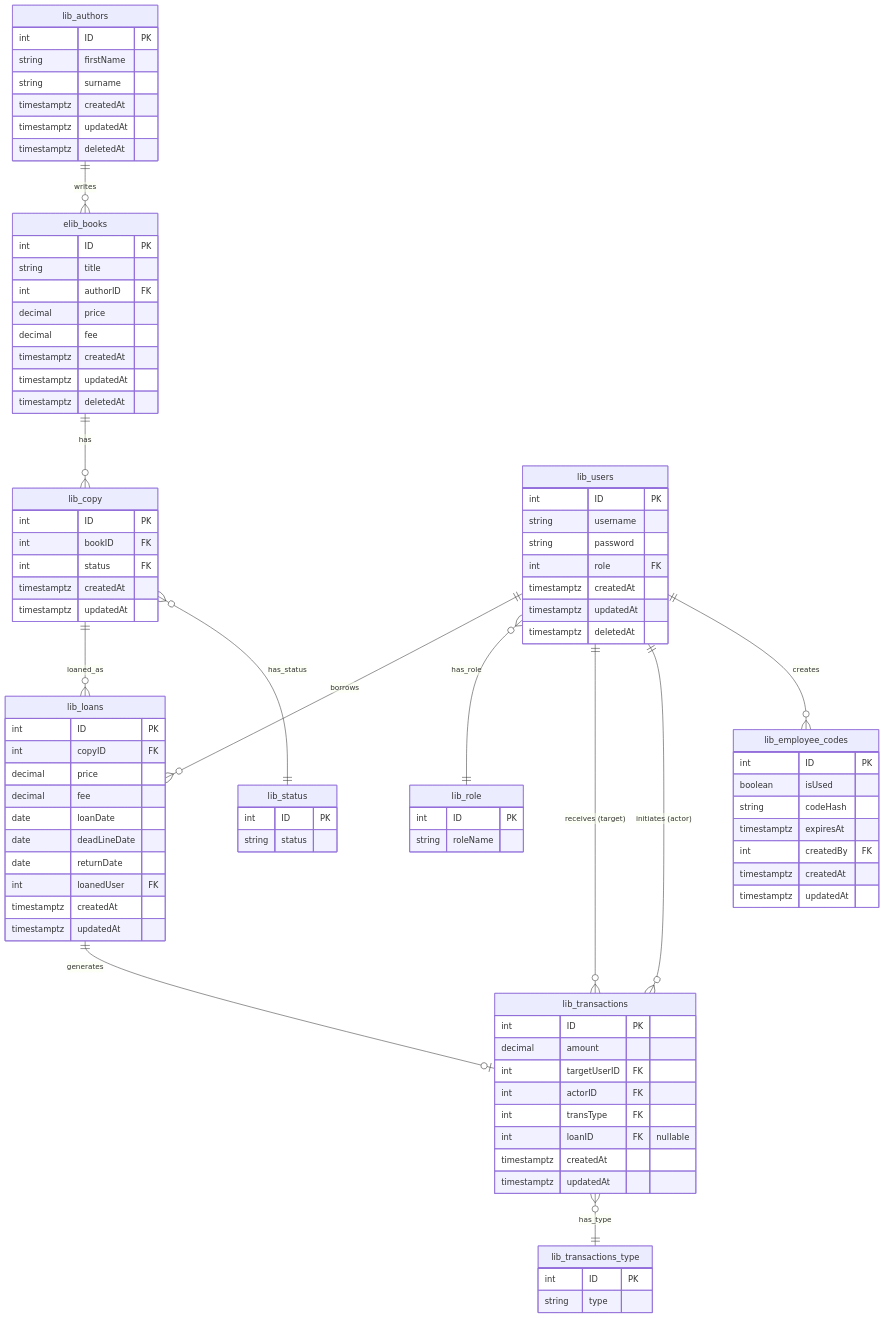
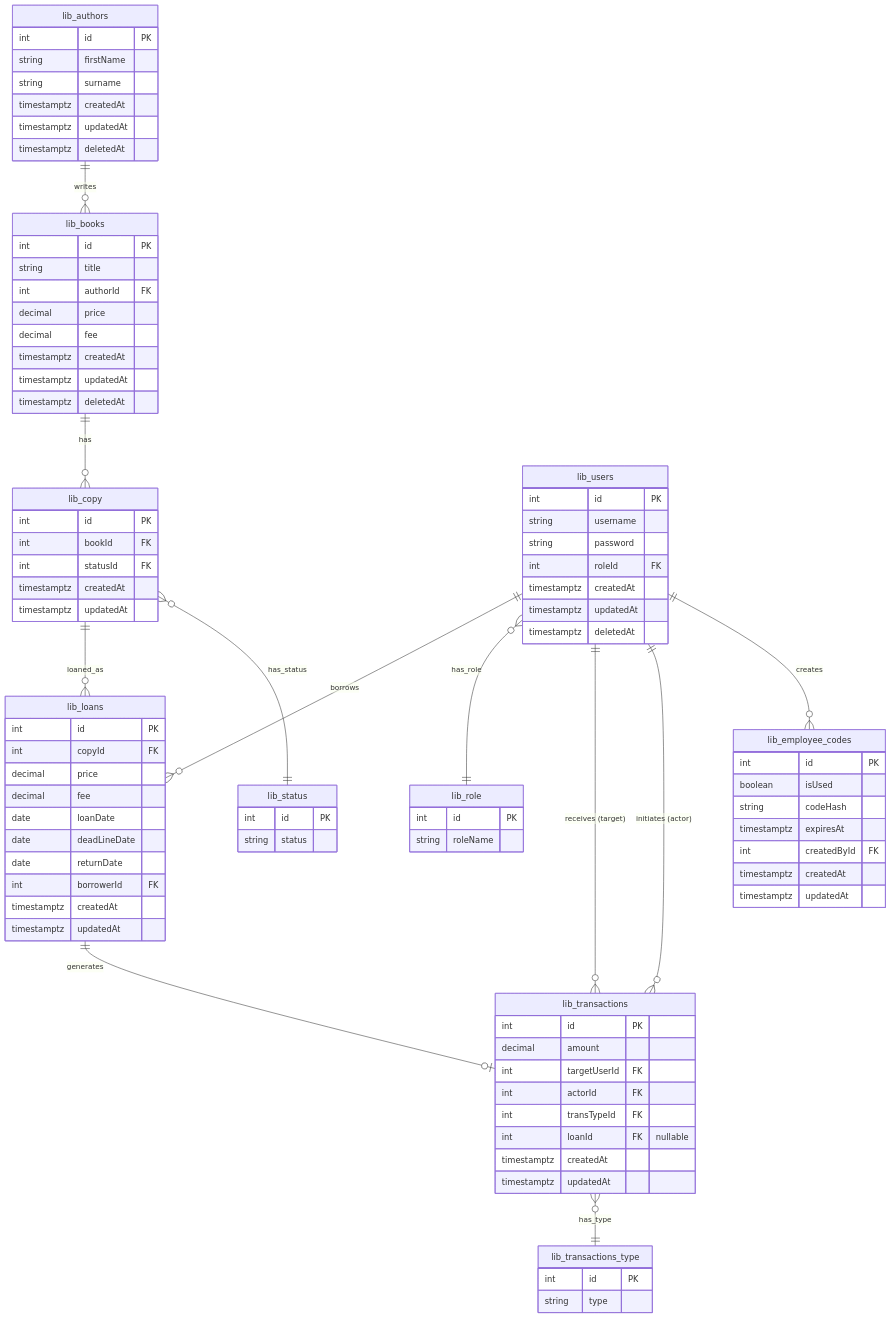
Before and after one commit to asafmagen28/the-boat-library: the diagram in ERD.mmd, drawn with Mermaid.

Commit message:
docs: fix ERD typos and standardize field naming

```diff
--- a/ERD.mmd
+++ b/ERD.mmd
@@ -1,101 +1,101 @@
 erDiagram
-    lib_authors ||--o{ elib_books : "writes"
-    elib_books ||--o{ lib_copy : "has"
+    lib_authors ||--o{ lib_books : "writes"
+    lib_books ||--o{ lib_copy : "has"
     lib_copy ||--o{ lib_loans : "loaned_as"
     lib_copy }o--|| lib_status : "has_status"
-    
+
     lib_users ||--o{ lib_loans : "borrows"
     lib_users }o--|| lib_role : "has_role"
     lib_users ||--o{ lib_transactions : "receives (target)"
     lib_users ||--o{ lib_transactions : "initiates (actor)"
     lib_users ||--o{ lib_employee_codes : "creates"
-    
+
     lib_transactions }o--|| lib_transactions_type : "has_type"
     lib_loans ||--o| lib_transactions : "generates"
 
     lib_authors {
-        int ID PK
+        int id PK
         string firstName
         string surname
         timestamptz createdAt
         timestamptz updatedAt
         timestamptz deletedAt
     }
 
-    elib_books {
-        int ID PK
+    lib_books {
+        int id PK
         string title
-        int authorID FK
+        int authorId FK
         decimal price
         decimal fee
         timestamptz createdAt
         timestamptz updatedAt
         timestamptz deletedAt
     }
 
     lib_copy {
-        int ID PK
-        int bookID FK
-        int status FK
+        int id PK
+        int bookId FK
+        int statusId FK
         timestamptz createdAt
         timestamptz updatedAt
     }
 
     lib_users {
-        int ID PK
+        int id PK
         string username
         string password
-        int role FK
+        int roleId FK
         timestamptz createdAt
         timestamptz updatedAt
         timestamptz deletedAt
     }
 
     lib_loans {
-        int ID PK
-        int copyID FK
+        int id PK
+        int copyId FK
         decimal price
         decimal fee
         date loanDate
         date deadLineDate
         date returnDate
-        int loanedUser FK
+        int borrowerId FK
         timestamptz createdAt
         timestamptz updatedAt
     }
 
     lib_transactions {
-        int ID PK
+        int id PK
         decimal amount
-        int targetUserID FK
-        int actorID FK
-        int transType FK
-        int loanID FK "nullable"
+        int targetUserId FK
+        int actorId FK
+        int transTypeId FK
+        int loanId FK "nullable"
         timestamptz createdAt
         timestamptz updatedAt
     }
 
     lib_role {
-        int ID PK
+        int id PK
         string roleName
     }
 
     lib_status {
-        int ID PK
+        int id PK
         string status
     }
 
     lib_transactions_type {
-        int ID PK
+        int id PK
         string type
     }
 
     lib_employee_codes {
-        int ID PK
+        int id PK
         boolean isUsed
         string codeHash
         timestamptz expiresAt
-        int createdBy FK
+        int createdById FK
         timestamptz createdAt
         timestamptz updatedAt
     }
```
